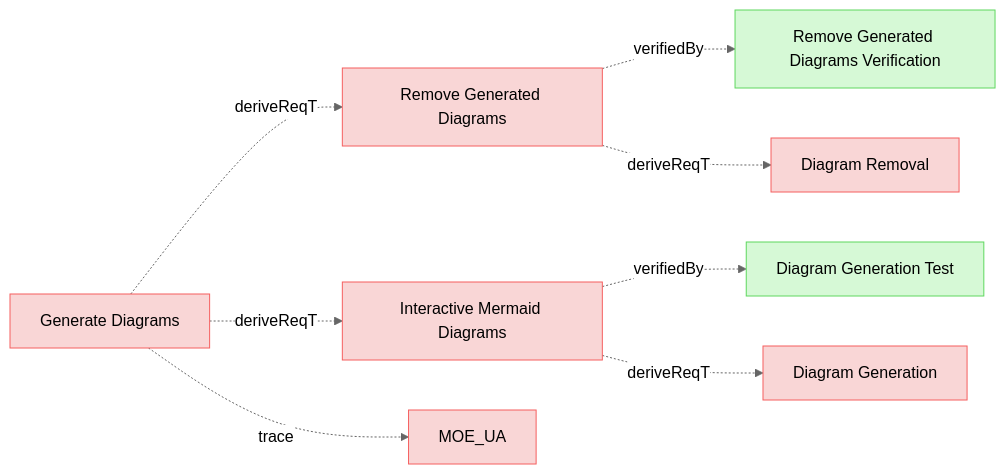
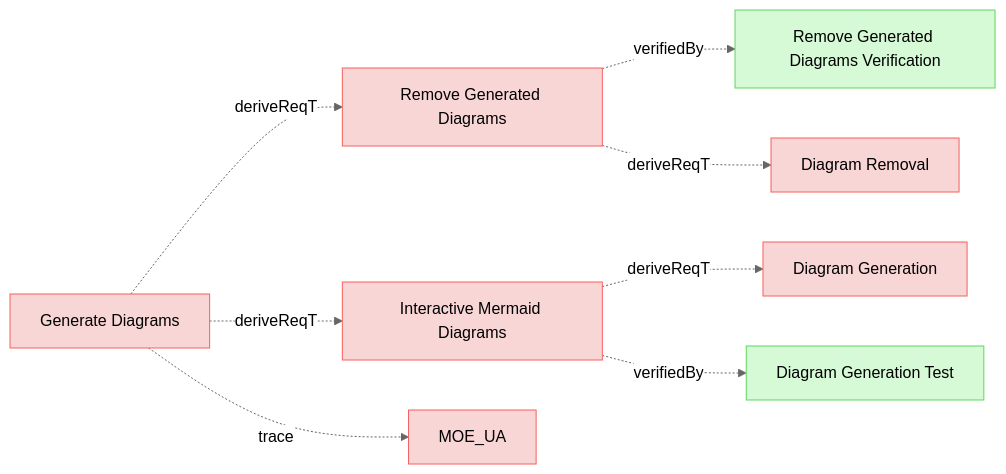
The first of 9 diagrams in specifications/UserRequirements.md (reqvire-org/reqvire), drawn with Mermaid (neutral theme) before and after one commit. The commit also changed other lines of this file and 34 other files, not shown here.

````diff
--- a/specifications/UserRequirements.md
+++ b/specifications/UserRequirements.md
@@ -4,41 +4,41 @@
 ```mermaid
 graph LR;
   %% REQVIRE-AUTOGENERATED-DIAGRAM
   %% Graph styling
   classDef requirement fill:#f9d6d6,stroke:#f55f5f,stroke-width:1px;
   classDef verification fill:#d6f9d6,stroke:#5fd75f,stroke-width:1px;
   classDef externalLink fill:#d0e0ff,stroke:#3080ff,stroke-width:1px;
   classDef default fill:#f5f5f5,stroke:#333333,stroke-width:1px;
 
   8b2dd3bb2c44db94["Remove Generated Diagrams"];
   class 8b2dd3bb2c44db94 requirement;
   click 8b2dd3bb2c44db94 "UserRequirements.md#remove-generated-diagrams";
   6a6973ecb2f20ee3["Remove Generated Diagrams Verification"];
   class 6a6973ecb2f20ee3 verification;
   click 6a6973ecb2f20ee3 "Verifications/DiagramsTests.md#remove-generated-diagrams-verification";
   8b2dd3bb2c44db94 -.->|verifiedBy| 6a6973ecb2f20ee3;
   4ec753faad5a75f7["Diagram Removal"];
   class 4ec753faad5a75f7 requirement;
   click 4ec753faad5a75f7 "SystemRequirements/Requirements.md#diagram-removal";
   8b2dd3bb2c44db94 -.->|deriveReqT| 4ec753faad5a75f7;
   eedf6d6d3d2354d9["Interactive Mermaid Diagrams"];
   class eedf6d6d3d2354d9 requirement;
   click eedf6d6d3d2354d9 "UserRequirements.md#interactive-mermaid-diagrams";
+  e9aee7d9477f4abe["Diagram Generation"];
+  class e9aee7d9477f4abe requirement;
+  click e9aee7d9477f4abe "SystemRequirements/Requirements.md#diagram-generation";
+  eedf6d6d3d2354d9 -.->|deriveReqT| e9aee7d9477f4abe;
   2d2cf67bb8070da8["Diagram Generation Test"];
   class 2d2cf67bb8070da8 verification;
   click 2d2cf67bb8070da8 "Verifications/DiagramsTests.md#diagram-generation-test";
   eedf6d6d3d2354d9 -.->|verifiedBy| 2d2cf67bb8070da8;
-  e9aee7d9477f4abe["Diagram Generation"];
-  class e9aee7d9477f4abe requirement;
-  click e9aee7d9477f4abe "SystemRequirements/Requirements.md#diagram-generation";
-  eedf6d6d3d2354d9 -.->|deriveReqT| e9aee7d9477f4abe;
   37a5b8e199a838f["Generate Diagrams"];
   class 37a5b8e199a838f requirement;
   click 37a5b8e199a838f "UserStories.md#generate-diagrams";
   2c5f30f14e792200["MOE_UA"];
   class 2c5f30f14e792200 requirement;
   click 2c5f30f14e792200 "MOEs.md#moe_ua";
   37a5b8e199a838f -.->|trace| 2c5f30f14e792200;
   37a5b8e199a838f -.->|deriveReqT| 8b2dd3bb2c44db94;
   37a5b8e199a838f -.->|deriveReqT| eedf6d6d3d2354d9;
 ```
````
